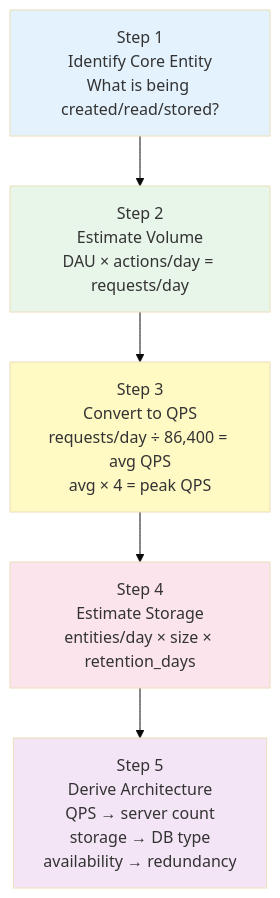
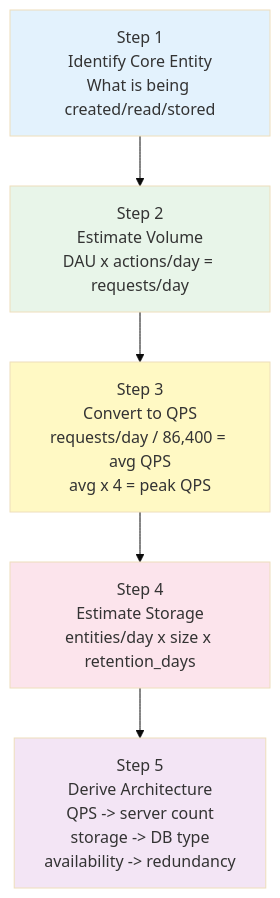
One commit to ranjeetnegi/System-Design-for-Staff-SWE changed the sixth of 12 diagrams in Section0/Chapter_5_Numbers_Estimation.md. Above: the diagram before and after it, drawn with Mermaid (base theme). The commit also changed other lines of this file and 11 other files, not shown here.

````diff
--- a/Section0/Chapter_5_Numbers_Estimation.md
+++ b/Section0/Chapter_5_Numbers_Estimation.md
@@ -1438,13 +1438,13 @@
 ```mermaid
 flowchart TD
-    A["Step 1<br/>Identify Core Entity<br/>What is being created/read/stored?"] --> B["Step 2<br/>Estimate Volume<br/>DAU × actions/day = requests/day"]
-    B --> C["Step 3<br/>Convert to QPS<br/>requests/day ÷ 86,400 = avg QPS<br/>avg × 4 = peak QPS"]
-    C --> D["Step 4<br/>Estimate Storage<br/>entities/day × size × retention_days"]
-    D --> E["Step 5<br/>Derive Architecture<br/>QPS → server count<br/>storage → DB type<br/>availability → redundancy"]
+    A["Step 1<br/>Identify Core Entity<br/>What is being created/read/stored "] --> B["Step 2<br/>Estimate Volume<br/>DAU x actions/day = requests/day"]
+    B --> C["Step 3<br/>Convert to QPS<br/>requests/day / 86,400 = avg QPS<br/>avg x 4 = peak QPS"]
+    C --> D["Step 4<br/>Estimate Storage<br/>entities/day x size x retention_days"]
+    D --> E["Step 5<br/>Derive Architecture<br/>QPS -> server count<br/>storage -> DB type<br/>availability -> redundancy"]
     
     style A fill:#e3f2fd
     style B fill:#e8f5e9
     style C fill:#fff9c4
     style D fill:#fce4ec
     style E fill:#f3e5f5
 ```
````
